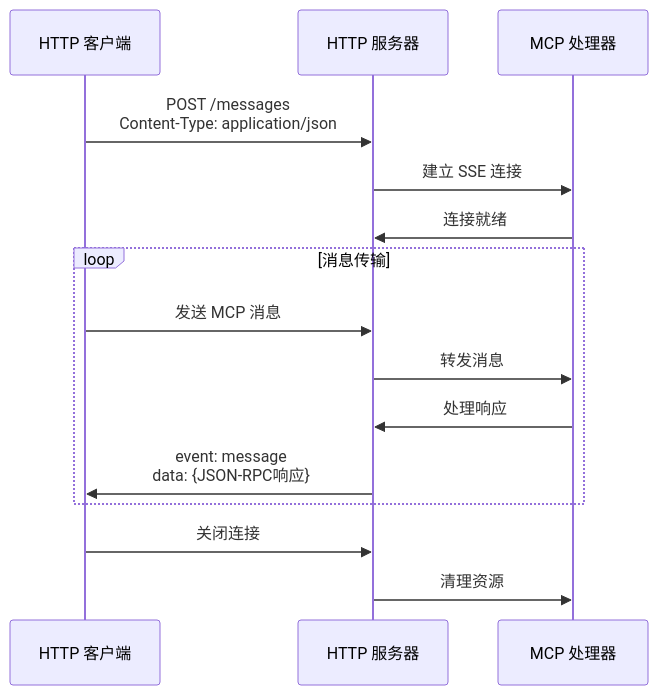
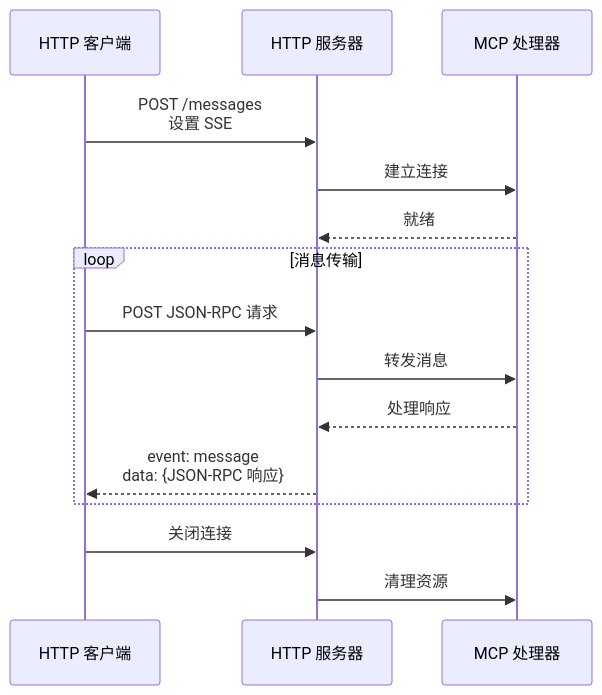
Before and after one commit to MiyakoMeow/neco: the seventh of 12 diagrams in progress/external-mcp-interaction-flows.md, drawn with Mermaid. The commit also changed other lines of this file and 9 other files, not shown here.

````diff
--- a/progress/external-mcp-interaction-flows.md
+++ b/progress/external-mcp-interaction-flows.md
@@ -198,21 +219,21 @@
 ```mermaid
 sequenceDiagram
     participant Client as HTTP 客户端
     participant Server as HTTP 服务器
     participant MCP as MCP 处理器
 
-    Client->>Server: POST /messages<br/>Content-Type: application/json
+    Client->>Server: POST /messages<br/>设置 SSE
 
-    Server->>MCP: 建立 SSE 连接
-    MCP->>Server: 连接就绪
+    Server->>MCP: 建立连接
+    MCP-->>Server: 就绪
 
     loop 消息传输
-        Client->>Server: 发送 MCP 消息
+        Client->>Server: POST JSON-RPC 请求
         Server->>MCP: 转发消息
-        MCP->>Server: 处理响应
-        Server->>Client: event: message<br/>data: {JSON-RPC响应}
+        MCP-->>Server: 处理响应
+        Server-->>Client: event: message<br/>data: {JSON-RPC 响应}
     end
 
     Client->>Server: 关闭连接
     Server->>MCP: 清理资源
 ```
````
